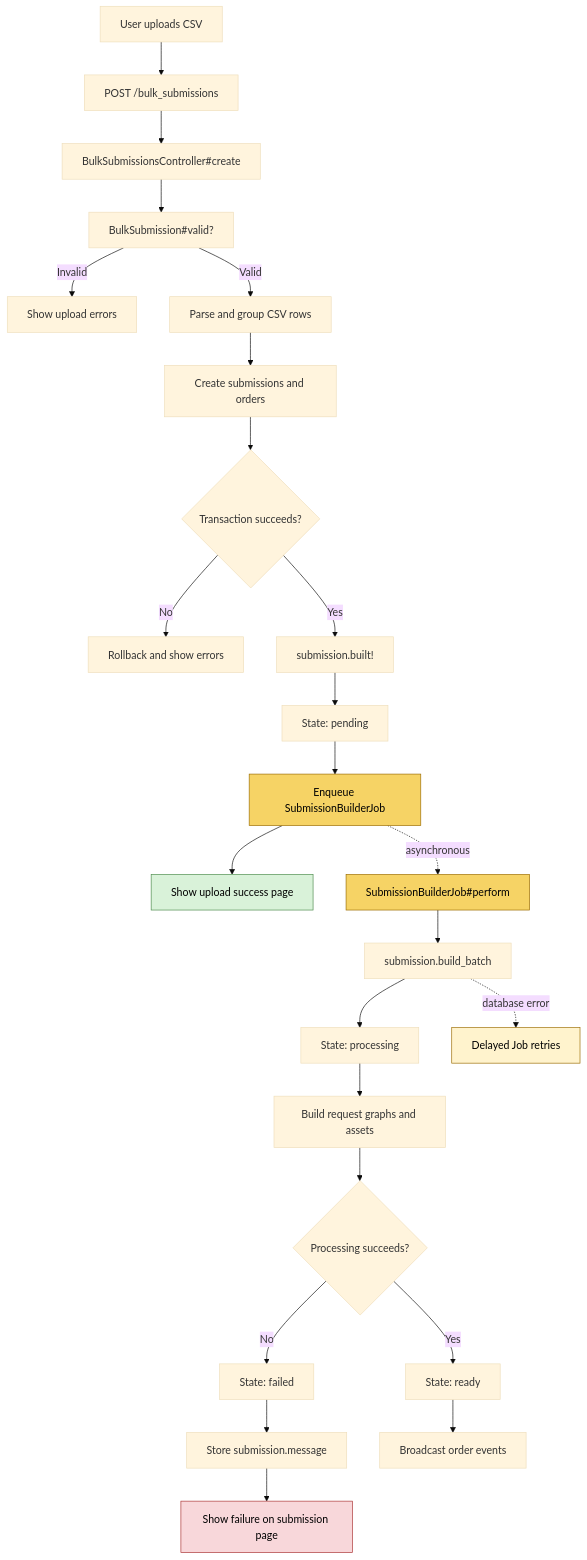
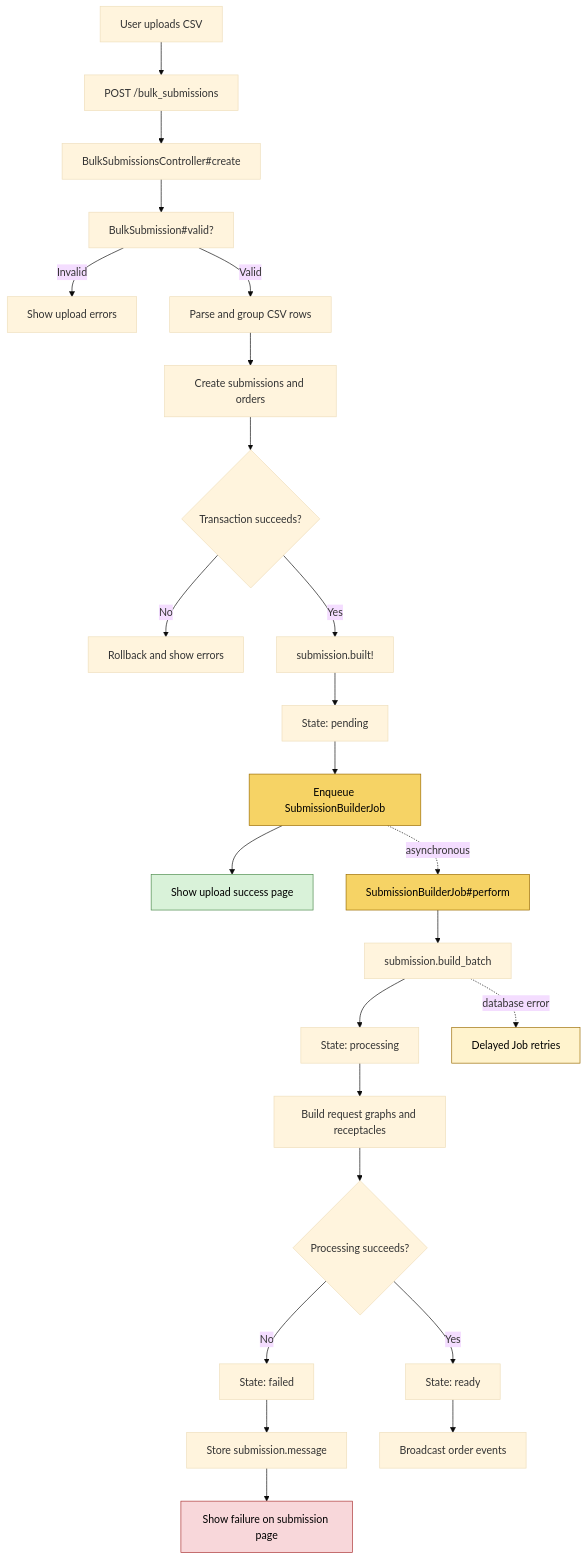
The diagram in docs/bulk_submission_upload_flow.md (sanger/sequencescape), drawn with Mermaid (base theme) before and after one commit. The commit also changed other lines of this file, not shown here.

````diff
--- a/docs/bulk_submission_upload_flow.md
+++ b/docs/bulk_submission_upload_flow.md
@@ -9,38 +9,38 @@
 ```mermaid
 flowchart TD
     A[User uploads CSV] --> B[POST /bulk_submissions]
     B --> C[BulkSubmissionsController#create]
     C --> D[BulkSubmission#valid?]
 
     D -->|Invalid| E[Show upload errors]
     D -->|Valid| F[Parse and group CSV rows]
     F --> G[Create submissions and orders]
     G --> H{Transaction succeeds?}
 
     H -->|No| I[Rollback and show errors]
     H -->|Yes| J[submission.built!]
     J --> K[State: pending]
     K --> L[Enqueue SubmissionBuilderJob]
     L --> M[Show upload success page]
 
     L -. asynchronous .-> N[SubmissionBuilderJob#perform]
     N --> O[submission.build_batch]
     O --> P[State: processing]
-    P --> Q[Build request graphs and assets]
+    P --> Q[Build request graphs and receptacles]
     Q --> R{Processing succeeds?}
 
     R -->|No| S[State: failed]
     S --> T[Store submission.message]
     T --> U[Show failure on submission page]
 
     R -->|Yes| V[State: ready]
     V --> W[Broadcast order events]
 
     O -. database error .-> X[Delayed Job retries]
 
     style L fill:#f6d365,stroke:#9a6b00,color:#000000
     style M fill:#d9f2d9,stroke:#4b8b4b,color:#000000
     style N fill:#f6d365,stroke:#9a6b00,color:#000000
     style U fill:#f8d7da,stroke:#a33,color:#000000
     style X fill:#fff3cd,stroke:#9a6b00,color:#000000
 ```
````
